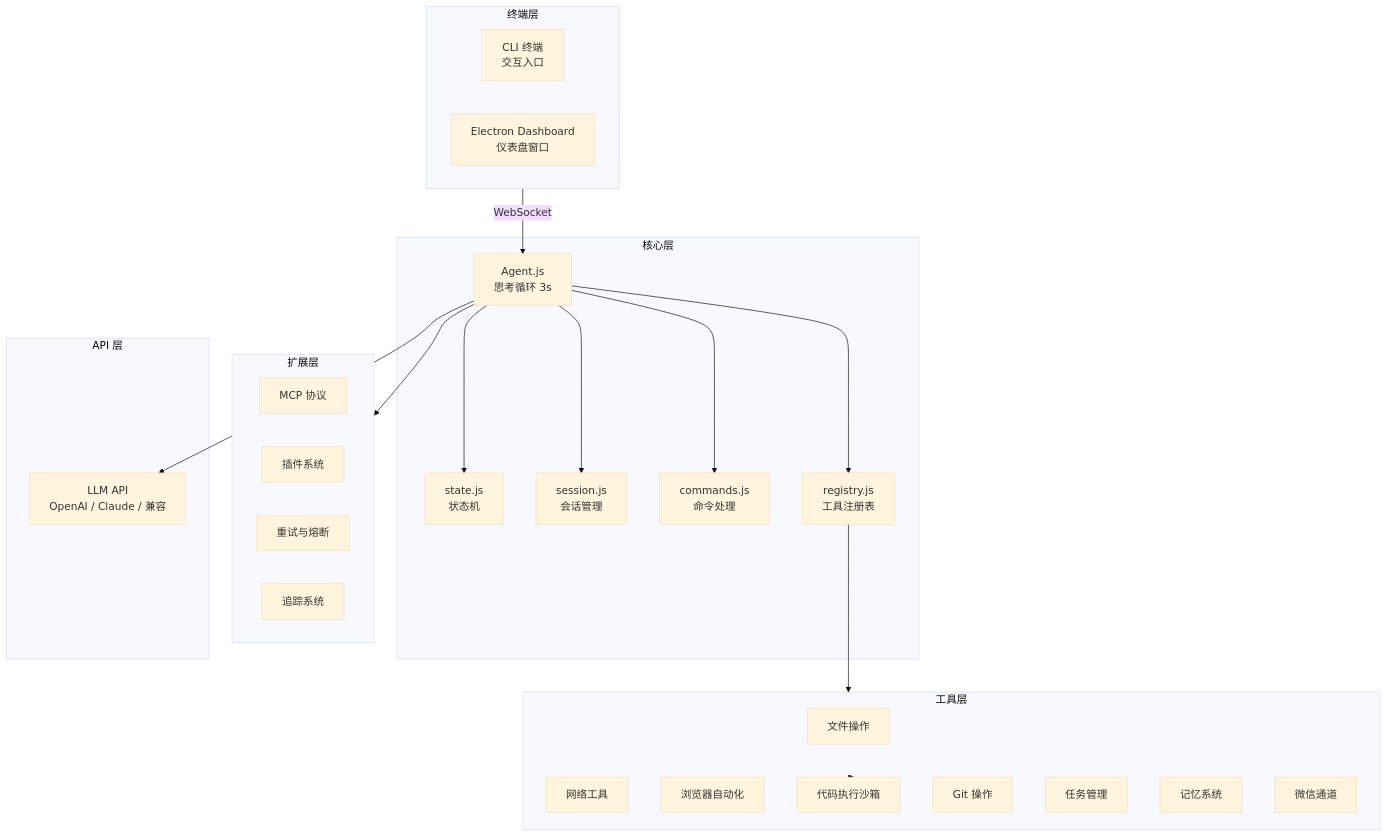
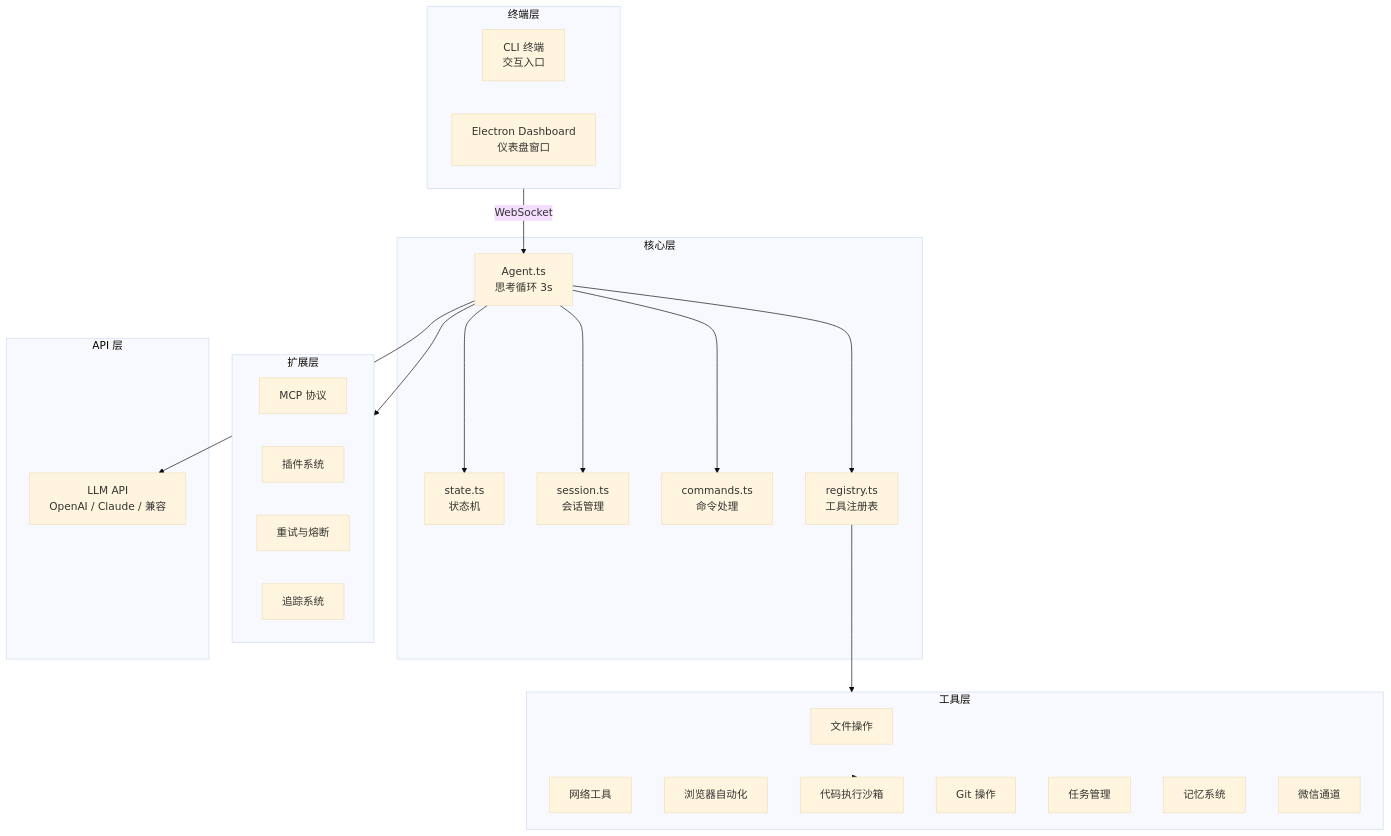
Before and after one commit to 1486853830/CogitoAgent: the second of 3 diagrams in README.zh.md, drawn with Mermaid (base theme). The commit also changed other lines of this file and 23 other files, not shown here.

````diff
--- a/README.zh.md
+++ b/README.zh.md
@@ -151,47 +153,47 @@
 ```mermaid
 flowchart TB
     subgraph Terminal["终端层"]
         CLI["CLI 终端<br/>交互入口"]
         Dashboard["Electron Dashboard<br/>仪表盘窗口"]
     end
 
     subgraph Core["核心层"]
-        Agent["Agent.js<br/>思考循环 3s"]
-        State["state.js<br/>状态机"]
-        Session["session.js<br/>会话管理"]
-        Commands["commands.js<br/>命令处理"]
-        Registry["registry.js<br/>工具注册表"]
+        Agent["Agent.ts<br/>思考循环 3s"]
+        State["state.ts<br/>状态机"]
+        Session["session.ts<br/>会话管理"]
+        Commands["commands.ts<br/>命令处理"]
+        Registry["registry.ts<br/>工具注册表"]
     end
 
     subgraph Tools["工具层"]
         File["文件操作"]
         Web["网络工具"]
         Browser["浏览器自动化"]
         Code["代码执行沙箱"]
         Git["Git 操作"]
         Task["任务管理"]
         Memory["记忆系统"]
         Wx["微信通道"]
     end
 
     subgraph Ext["扩展层"]
         MCP["MCP 协议"]
         Plugin["插件系统"]
         Retry["重试与熔断"]
         Tracing["追踪系统"]
     end
 
     subgraph API["API 层"]
         LLM["LLM API<br/>OpenAI / Claude / 兼容"]
     end
 
     Terminal -->|WebSocket| Agent
     Agent --> State
     Agent --> Session
     Agent --> Commands
     Agent --> Registry
     Registry --> Tools
     Tools --> Code
     Agent --> LLM
     Agent --> Ext
 ```
````
